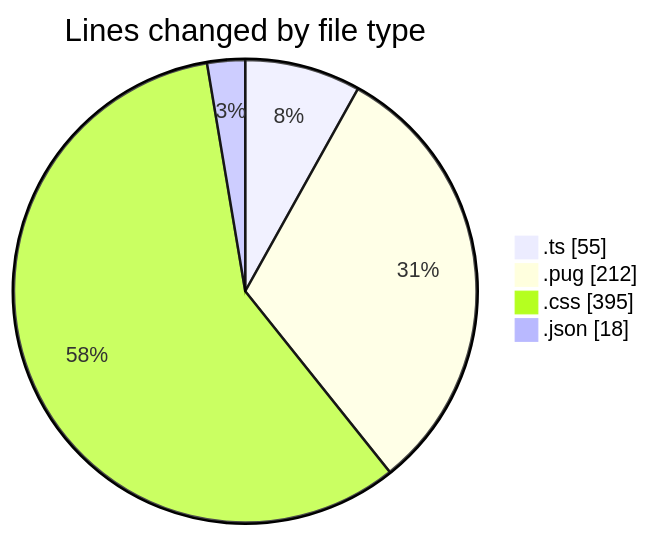
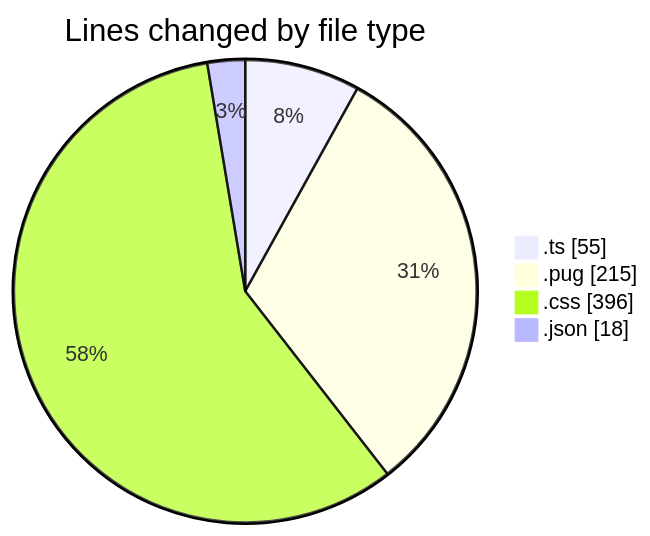
Before and after one commit to momahboobian/code-tracking: the first of 2 diagrams in 2025-10-31/cda/README.md, drawn with Mermaid. The commit also changed other lines of this file and 1 other file, not shown here.

````diff
--- a/2025-10-31/cda/README.md
+++ b/2025-10-31/cda/README.md
@@ -25,8 +25,8 @@
 ```mermaid
 pie showData
 title Lines changed by file type
 ".ts" : 55
-".pug" : 212
-".css" : 395
+".pug" : 215
+".css" : 396
 ".json" : 18
 ```
````
